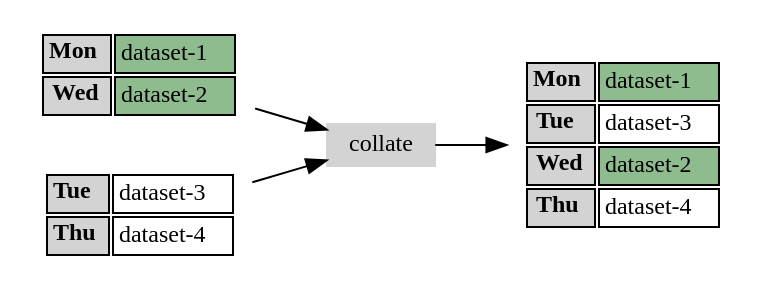
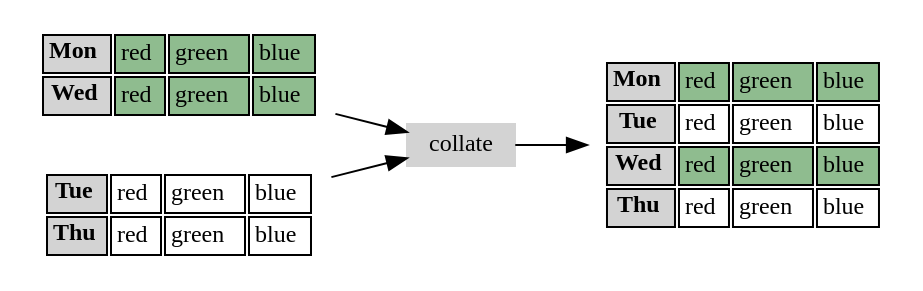
One commit to uchchwhash/virtual-product-showcase changed the diagram in collate.dot. Above: the diagram before and after it, drawn with Graphviz. The commit also changed 7 other files, not shown here.

```diff
--- a/collate.dot
+++ b/collate.dot
@@ -1,44 +1,68 @@
 digraph G {
     rankdir=LR;
-    node [fontname="Bookman", fontsize=12];
+    node [fontname="Bookman; Helvetica", fontsize=12];
     prod1 [shape=plaintext, label=<
     <table border="0" cellborder="1">
     <tr>
-    <td bgcolor="lightgray"><b>Mon</b></td><td bgcolor="darkseagreen">dataset-1</td>
+    <td bgcolor="lightgray"><b>Mon</b></td>
+    <td bgcolor="darkseagreen">red</td>
+    <td bgcolor="darkseagreen">green</td>
+    <td bgcolor="darkseagreen">blue</td>
     </tr>
     <tr>
-    <td bgcolor="lightgray"><b>Wed</b></td><td bgcolor="darkseagreen">dataset-2</td>
+    <td bgcolor="lightgray"><b>Wed</b></td>
+    <td bgcolor="darkseagreen">red</td>
+    <td bgcolor="darkseagreen">green</td>
+    <td bgcolor="darkseagreen">blue</td>
     </tr>
     </table>
     >];
     prod2 [shape=plaintext, label=<
     <table border="0" cellborder="1">
     <tr>
-    <td bgcolor="lightgray"><b>Tue</b></td><td>dataset-3</td>
+    <td bgcolor="lightgray"><b>Tue</b></td>
+    <td>red</td>
+    <td>green</td>
+    <td>blue</td>
     </tr>
     <tr>
-    <td bgcolor="lightgray"><b>Thu</b></td><td>dataset-4</td>
+    <td bgcolor="lightgray"><b>Thu</b></td>
+    <td>red</td>
+    <td>green</td>
+    <td>blue</td>
     </tr>
     </table>
     >];
     collate [shape=box, style=filled, color="lightgray", height=0.2];
     prod1 -> collate;
     prod2 -> collate;
     prod12 [shape=plaintext, label=<
     <table border="0" cellborder="1">
     <tr>
-    <td bgcolor="lightgray"><b>Mon</b></td><td bgcolor="darkseagreen">dataset-1</td>
+    <td bgcolor="lightgray"><b>Mon</b></td>
+    <td bgcolor="darkseagreen">red</td>
+    <td bgcolor="darkseagreen">green</td>
+    <td bgcolor="darkseagreen">blue</td>
     </tr>
     <tr>
-    <td bgcolor="lightgray"><b>Tue</b></td><td>dataset-3</td>
+    <td bgcolor="lightgray"><b>Tue</b></td>
+    <td>red</td>
+    <td>green</td>
+    <td>blue</td>
     </tr>
     <tr>
-    <td bgcolor="lightgray"><b>Wed</b></td><td bgcolor="darkseagreen">dataset-2</td>
+    <td bgcolor="lightgray"><b>Wed</b></td>
+    <td bgcolor="darkseagreen">red</td>
+    <td bgcolor="darkseagreen">green</td>
+    <td bgcolor="darkseagreen">blue</td>
     </tr>
     <tr>
-    <td bgcolor="lightgray"><b>Thu</b></td><td>dataset-4</td>
+    <td bgcolor="lightgray"><b>Thu</b></td>
+    <td>red</td>
+    <td>green</td>
+    <td>blue</td>
     </tr>
     </table>
     >];
     collate -> prod12;
 }
```
